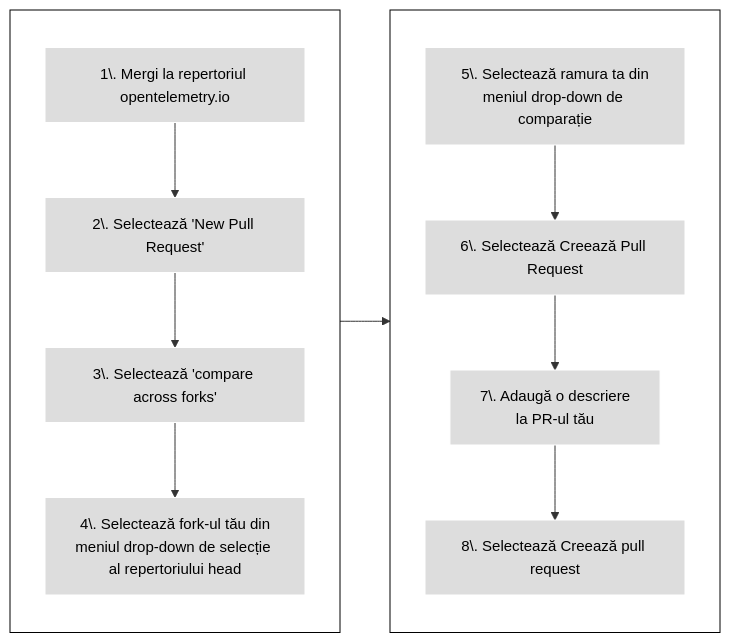
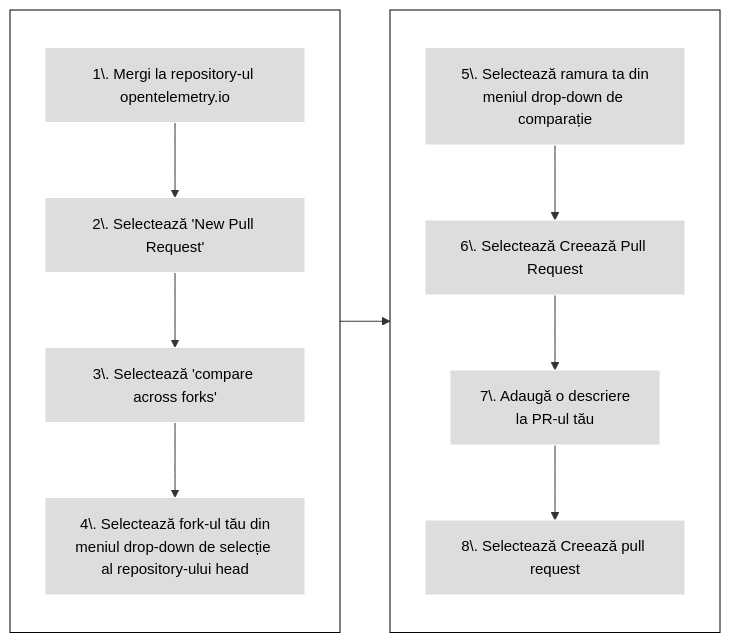
The fourth of 4 diagrams in content/ro/docs/contributing/pull-requests.md (open-telemetry/opentelemetry.io), drawn with Mermaid before and after one commit. The commit also changed other lines of this file, not shown here.

Commit message:
substitute repertoriu with repository (and variations)

````diff
--- a/content/ro/docs/contributing/pull-requests.md
+++ b/content/ro/docs/contributing/pull-requests.md
@@ -361,22 +361,22 @@
 ```mermaid
 flowchart LR
 subgraph first[ ]
 direction TB
-1[1\. Mergi la repertoriul opentelemetry.io] --> 2[2\. Selectează 'New Pull Request']
+1[1\. Mergi la repository-ul opentelemetry.io] --> 2[2\. Selectează 'New Pull Request']
 2 --> 3[3\. Selectează 'compare across forks']
-3 --> 4[4\. Selectează fork-ul tău din<br>meniul drop-down de selecție al repertoriului head]
+3 --> 4[4\. Selectează fork-ul tău din<br>meniul drop-down de selecție al repository-ului head]
 end
 subgraph second [ ]
 direction TB
 5[5\. Selectează ramura ta din<br>meniul drop-down de comparație] --> 6[6\. Selectează Creează Pull Request]
 6 --> 7[7\. Adaugă o descriere<br>la PR-ul tău]
 7 --> 8[8\. Selectează Creează pull request]
 end
 
 first --> second
 
 classDef grey fill:#dddddd,stroke:#ffffff,stroke-width:px,color:#000000, font-size:15px;
 classDef white fill:#ffffff,stroke:#000,stroke-width:px,color:#000,font-weight:bold
 class 1,2,3,4,5,6,7,8 grey
 class first,second white
 ```
````
